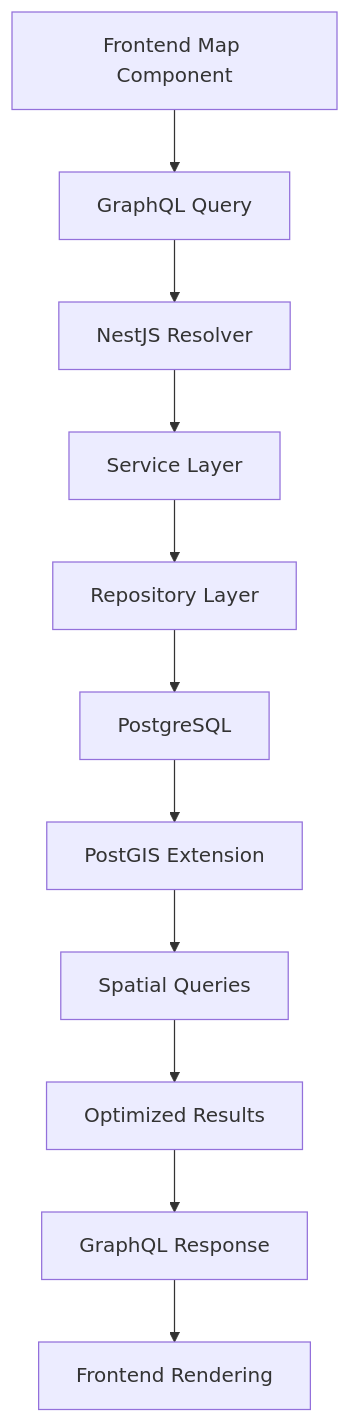
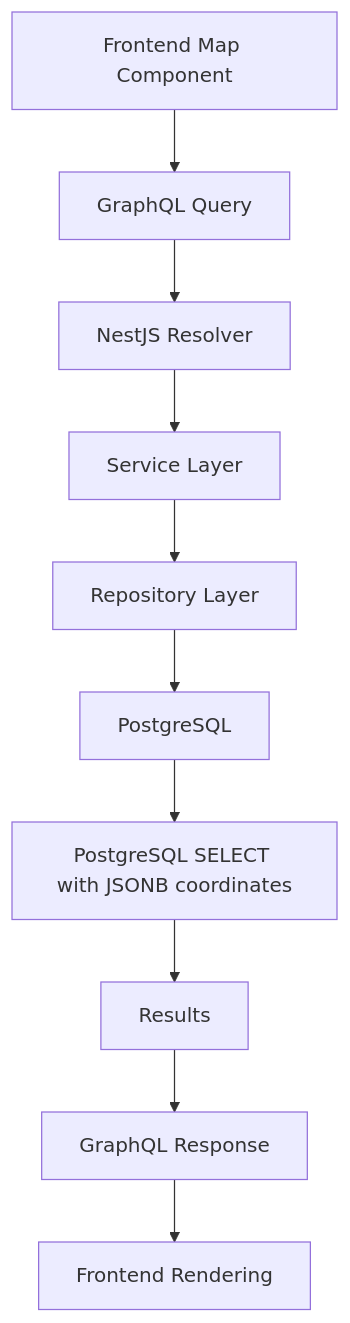
The first of 2 diagrams in docs/architecture/data-architecture.md (kmryst/terraform-hannibal), drawn with Mermaid before and after one commit. The commit also changed other lines of this file and 2 other files, not shown here.

First line of the commit message:
docs(adr): RDS PostgreSQL + JSONB 採用と Aurora/PostGIS スコープ外を記録する (#342)

````diff
--- a/docs/architecture/data-architecture.md
+++ b/docs/architecture/data-architecture.md
@@ -149,14 +149,13 @@
 ```mermaid
 graph TD
     A[Frontend Map Component] --> B[GraphQL Query]
     B --> C[NestJS Resolver]
     C --> D[Service Layer]
     D --> E[Repository Layer]
     E --> F[PostgreSQL]
     
-    F --> G[PostGIS Extension]
-    G --> H[Spatial Queries]
-    H --> I[Optimized Results]
+    F --> G[PostgreSQL SELECT with JSONB coordinates]
+    G --> I[Results]
     I --> J[GraphQL Response]
     J --> K[Frontend Rendering]
 ```
````
